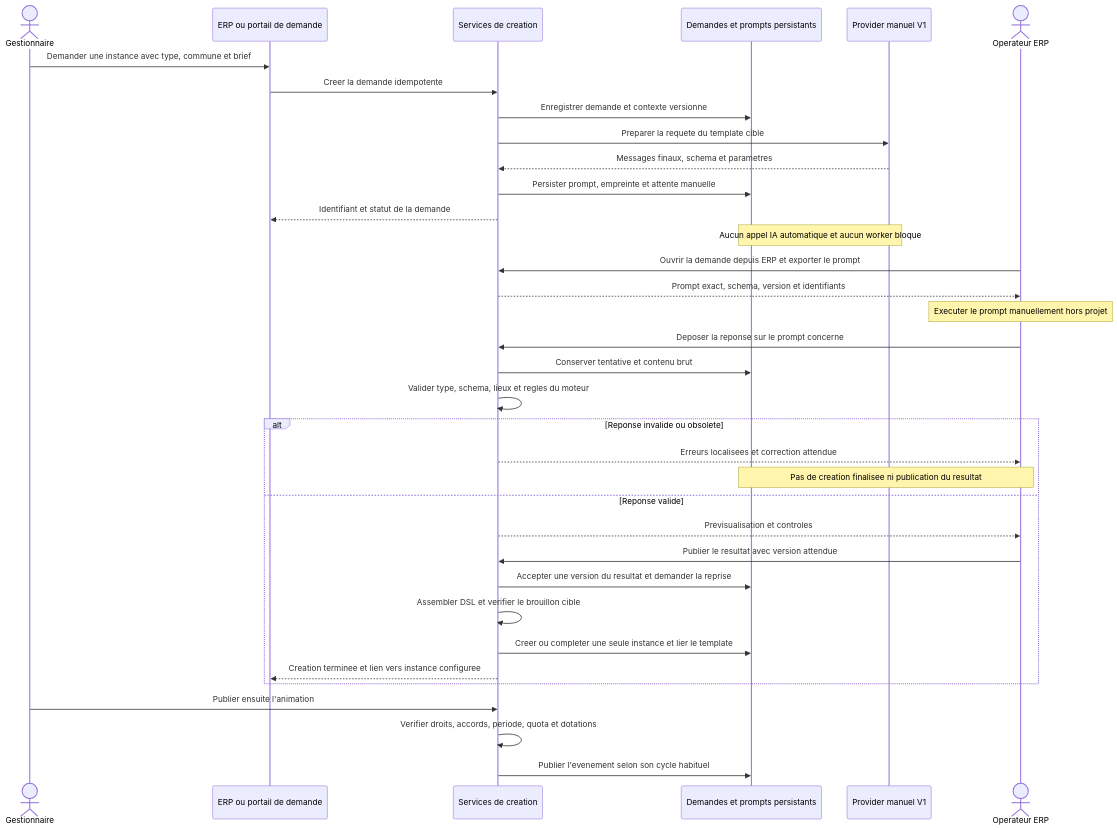
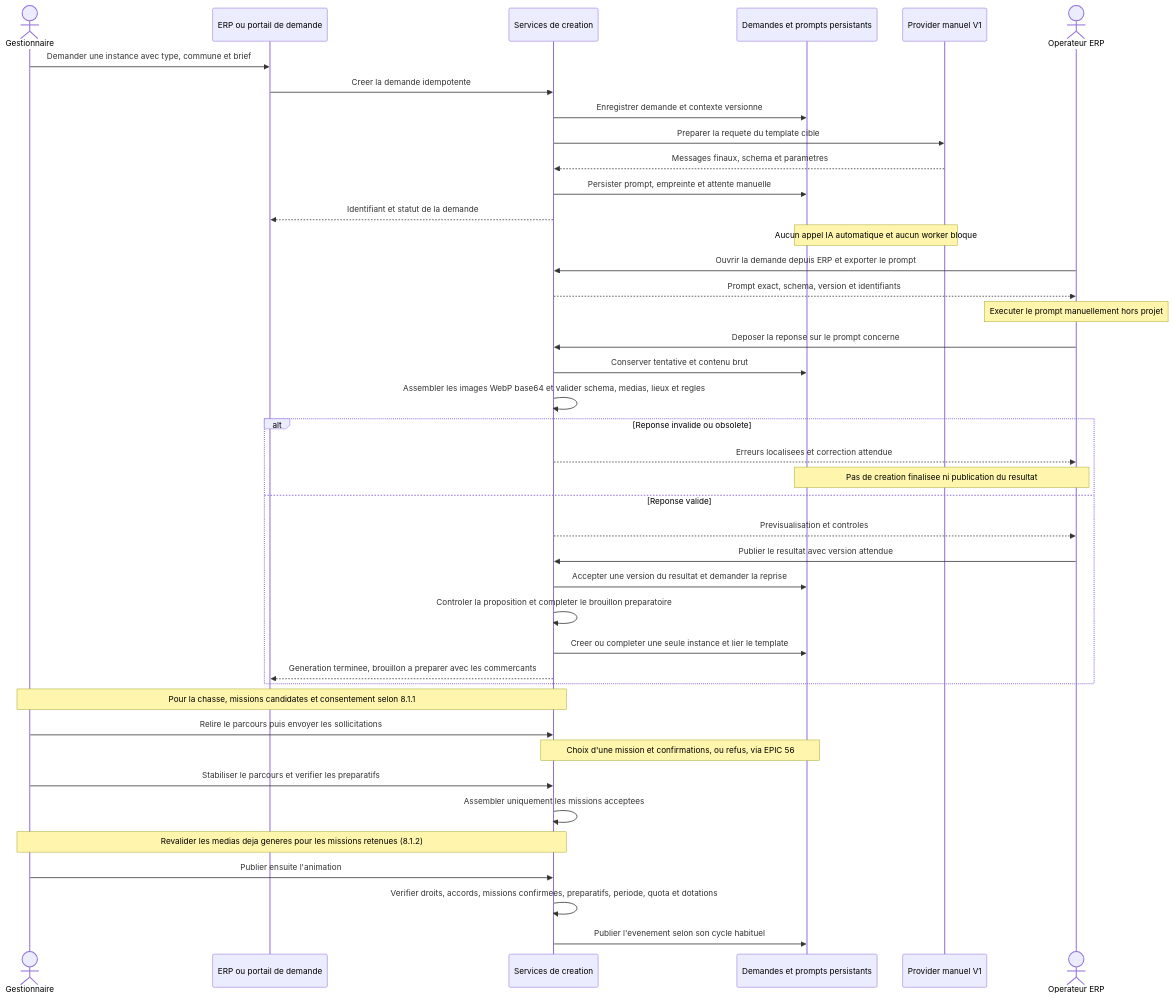
The second of 2 diagrams in docs/specifications/moteur-animation/localeo_animation_engine_spec.md (contactlocaleo/localeo-projet), drawn with Mermaid before and after one commit. The commit also changed other lines of this file and 38 other files, not shown here.

````diff
--- a/docs/specifications/moteur-animation/localeo_animation_engine_spec.md
+++ b/docs/specifications/moteur-animation/localeo_animation_engine_spec.md
@@ -656,37 +931,43 @@
 ```mermaid
 sequenceDiagram
     actor G as Gestionnaire
     participant UI as ERP ou portail de demande
     participant API as Services de creation
     participant DB as Demandes et prompts persistants
     participant P as Provider manuel V1
     actor O as Operateur ERP
     G->>UI: Demander une instance avec type, commune et brief
     UI->>API: Creer la demande idempotente
     API->>DB: Enregistrer demande et contexte versionne
     API->>P: Preparer la requete du template cible
     P-->>API: Messages finaux, schema et parametres
     API->>DB: Persister prompt, empreinte et attente manuelle
     API-->>UI: Identifiant et statut de la demande
     Note over P,DB: Aucun appel IA automatique et aucun worker bloque
     O->>API: Ouvrir la demande depuis ERP et exporter le prompt
     API-->>O: Prompt exact, schema, version et identifiants
     Note over O: Executer le prompt manuellement hors projet
     O->>API: Deposer la reponse sur le prompt concerne
     API->>DB: Conserver tentative et contenu brut
-    API->>API: Valider type, schema, lieux et regles du moteur
+    API->>API: Assembler les images WebP base64 et valider schema, medias, lieux et regles
     alt Reponse invalide ou obsolete
         API-->>O: Erreurs localisees et correction attendue
         Note over DB,O: Pas de creation finalisee ni publication du resultat
     else Reponse valide
         API-->>O: Previsualisation et controles
         O->>API: Publier le resultat avec version attendue
         API->>DB: Accepter une version du resultat et demander la reprise
-        API->>API: Assembler DSL et verifier le brouillon cible
+        API->>API: Controler la proposition et completer le brouillon preparatoire
         API->>DB: Creer ou completer une seule instance et lier le template
-        API-->>UI: Creation terminee et lien vers instance configuree
+        API-->>UI: Generation terminee, brouillon a preparer avec les commercants
     end
+    Note over G,API: Pour la chasse, missions candidates et consentement selon 8.1.1
+    G->>API: Relire le parcours puis envoyer les sollicitations
+    Note over API,DB: Choix d'une mission et confirmations, ou refus, via EPIC 56
+    G->>API: Stabiliser le parcours et verifier les preparatifs
+    API->>API: Assembler uniquement les missions acceptees
+    Note over G,API: Revalider les medias deja generes pour les missions retenues (8.1.2)
     G->>API: Publier ensuite l'animation
-    API->>API: Verifier droits, accords, periode, quota et dotations
+    API->>API: Verifier droits, accords, missions confirmees, preparatifs, periode, quota et dotations
     API->>DB: Publier l'evenement selon son cycle habituel
 ```
````
